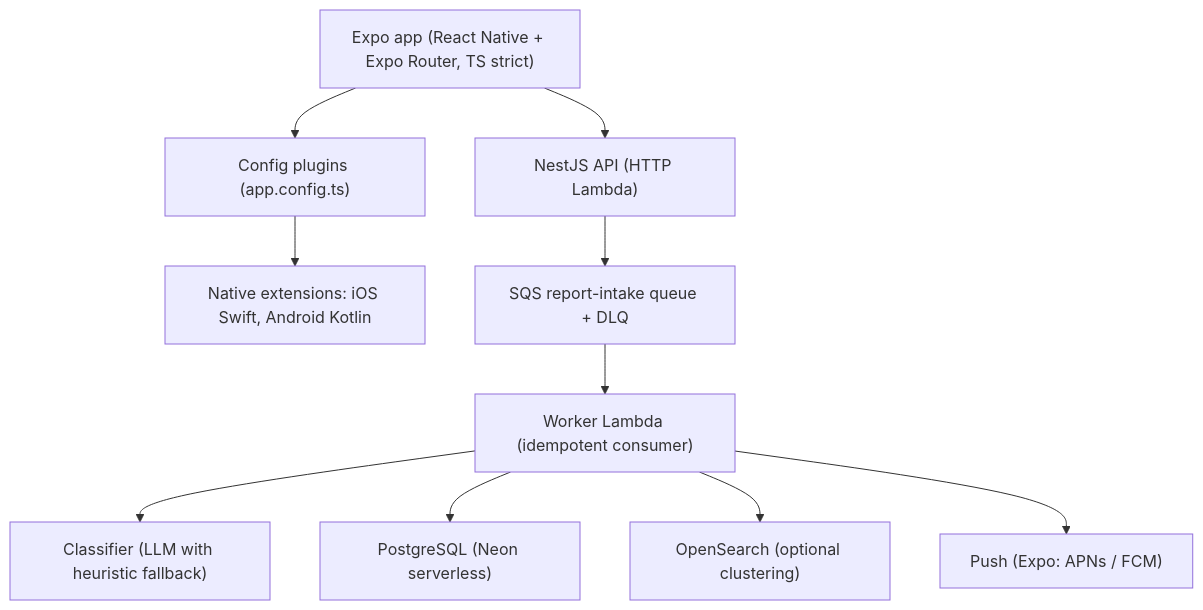
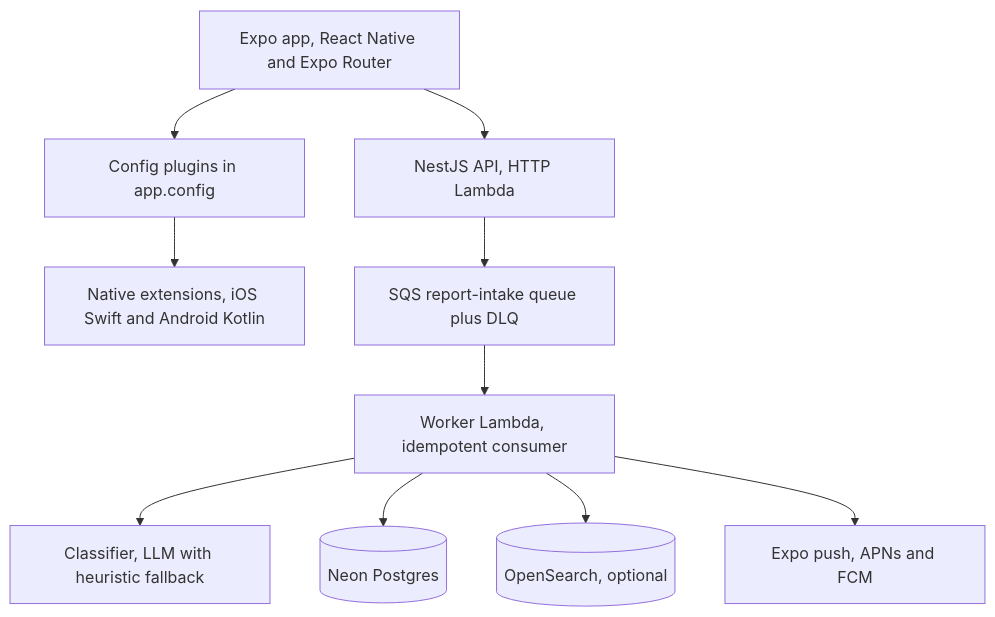
Before and after one commit to elleskay/mobile-platform: the second of 3 diagrams in README.md, drawn with Mermaid. The commit also changed other lines of this file, not shown here.

````diff
--- a/README.md
+++ b/README.md
@@ -50,23 +107,12 @@
 ```mermaid
 flowchart TD
-  app["Expo app (React Native + Expo Router, TS strict)"]
-  plugins["Config plugins (app.config.ts)"]
-  native["Native extensions: iOS Swift, Android Kotlin"]
-  api["NestJS API (HTTP Lambda)"]
-  queue["SQS report-intake queue + DLQ"]
-  worker["Worker Lambda (idempotent consumer)"]
-  classifier["Classifier (LLM with heuristic fallback)"]
-  pg["PostgreSQL (Neon serverless)"]
-  search["OpenSearch (optional clustering)"]
-  push["Push (Expo: APNs / FCM)"]
-
-  app --> plugins
-  plugins --> native
-  app --> api
-  api --> queue
-  queue --> worker
-  worker --> classifier
-  worker --> pg
-  worker --> search
-  worker --> push
+  app[Expo app, React Native and Expo Router] --> plugins[Config plugins in app.config]
+  plugins --> native[Native extensions, iOS Swift and Android Kotlin]
+  app --> api[NestJS API, HTTP Lambda]
+  api --> queue[SQS report-intake queue plus DLQ]
+  queue --> worker[Worker Lambda, idempotent consumer]
+  worker --> classifier[Classifier, LLM with heuristic fallback]
+  worker --> pg[(Neon Postgres)]
+  worker --> search[(OpenSearch, optional)]
+  worker --> push[Expo push, APNs and FCM]
 ```
````
